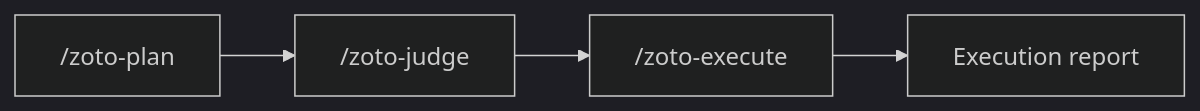
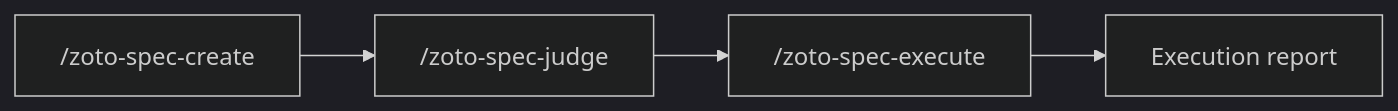
Before and after one commit to zotoio/zoto-agents: the diagram in plugins/zoto-spec-system/README.md, drawn with Mermaid (dark theme). The commit also changed other lines of this file and 97 other files, not shown here.

Commit message:
Remove obsolete XFI result files and add zoto-spec-generator documentation for structured spec creation.

````diff
--- a/plugins/zoto-spec-system/README.md
+++ b/plugins/zoto-spec-system/README.md
@@ -89,6 +99,6 @@
 ```mermaid
 flowchart LR
-  A["/zoto-plan"] --> B["/zoto-judge"]
-  B --> C["/zoto-execute"]
+  A["/zoto-spec-create"] --> B["/zoto-spec-judge"]
+  B --> C["/zoto-spec-execute"]
   C --> D["Execution report"]
 ```
````
